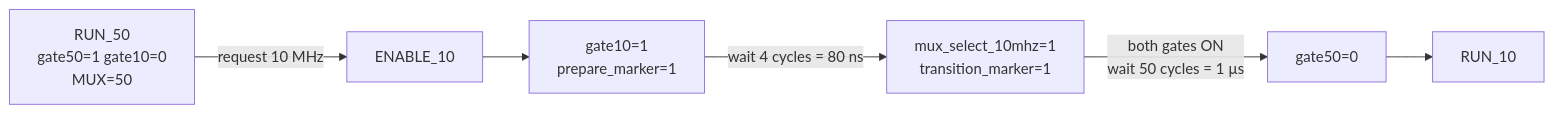
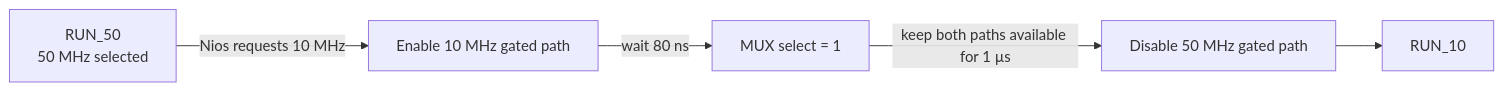
Before and after one commit to Jiayhocoding/iopll_niosv_50_10_mux_gating: the fourth of 4 diagrams in README.md, drawn with Mermaid. The commit also changed other lines of this file, not shown here.

````diff
--- a/README.md
+++ b/README.md
@@ -135,8 +138,7 @@
 ```mermaid
 flowchart LR
-    A["RUN_50<br/>gate50=1 gate10=0<br/>MUX=50"] -->|"request 10 MHz"| B["ENABLE_10"]
-    B --> C["gate10=1<br/>prepare_marker=1"]
-    C -->|"wait 4 cycles = 80 ns"| D["mux_select_10mhz=1<br/>transition_marker=1"]
-    D -->|"both gates ON<br/>wait 50 cycles = 1 µs"| E["gate50=0"]
-    E --> F["RUN_10"]
+    A["RUN_50<br/>50 MHz selected"] -->|"Nios requests 10 MHz"| B["Enable 10 MHz gated path"]
+    B -->|"wait 80 ns"| C["MUX select = 1"]
+    C -->|"keep both paths available for 1 µs"| D["Disable 50 MHz gated path"]
+    D --> E["RUN_10"]
 ```
````
